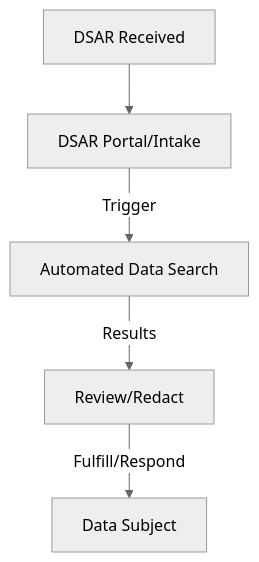
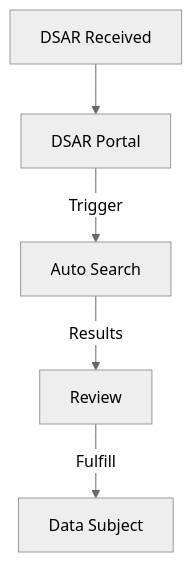
The second of 3 diagrams in pro_workflows/data_privacy.md (TheHaywire/special-waffle), drawn with Mermaid (neutral theme) before and after one commit. The commit also changed other lines of this file and 6 other files, not shown here.

Commit message:
fix: update all Pro Workflow diagrams for domain files to use valid Mermaid node labels (no parens, slashes, or special chars) for GitHub compatibility

````diff
--- a/pro_workflows/data_privacy.md
+++ b/pro_workflows/data_privacy.md
@@ -180,7 +104,7 @@
 ```mermaid
 flowchart TD
-    A[DSAR Received] --> B[DSAR Portal/Intake]
-    B -->|Trigger| C[Automated Data Search]
-    C -->|Results| D[Review/Redact]
-    D -->|Fulfill/Respond| E[Data Subject]
+    A[DSAR Received] --> B[DSAR Portal]
+    B -->|Trigger| C[Auto Search]
+    C -->|Results| D[Review]
+    D -->|Fulfill| E[Data Subject]
 ```
````
